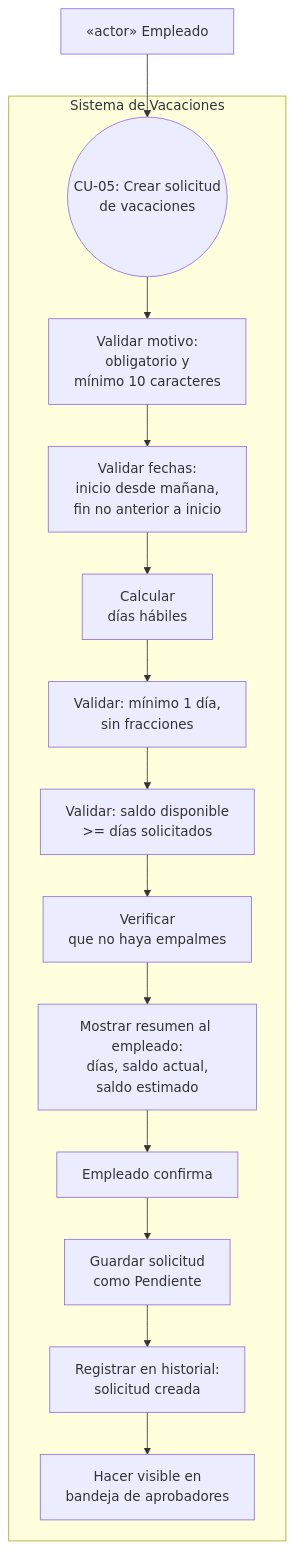
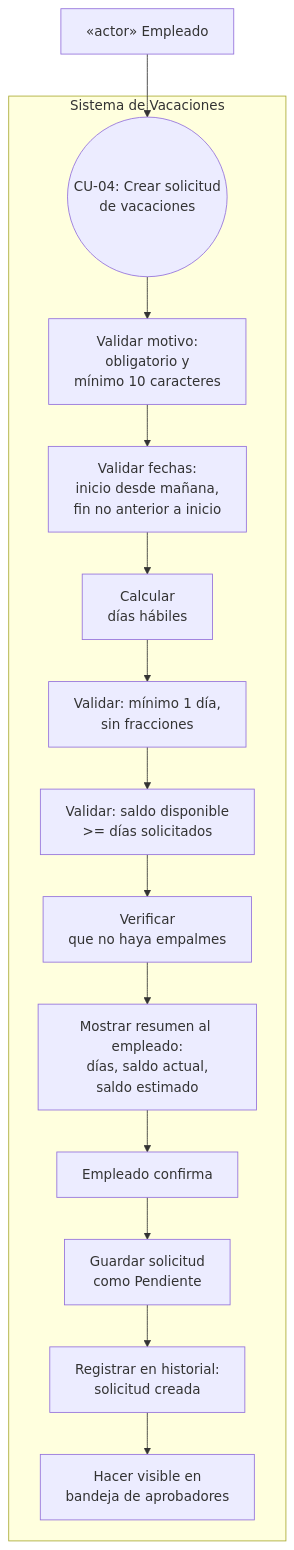
The fourth of 19 diagrams in docs/use-case-diagrams.md (Oscar26-zs/Solicitud_de_Vacaciones), drawn with Mermaid before and after one commit. The commit also changed other lines of this file and 1 other file, not shown here.

````diff
--- a/docs/use-case-diagrams.md
+++ b/docs/use-case-diagrams.md
@@ -127,20 +106,20 @@
 ```mermaid
 graph TB
     subgraph S["Sistema de Vacaciones"]
-        CU05(("CU-05: Crear solicitud<br/>de vacaciones"))
+        CU04(("CU-04: Crear solicitud<br/>de vacaciones"))
         V1[Validar motivo:<br/>obligatorio y<br/>mínimo 10 caracteres]
         V2[Validar fechas:<br/>inicio desde mañana,<br/>fin no anterior a inicio]
         V3[Calcular<br/>días hábiles]
         V4[Validar: mínimo 1 día,<br/>sin fracciones]
         V5[Validar: saldo disponible<br/>>= días solicitados]
         V6[Verificar<br/>que no haya empalmes]
         V7[Mostrar resumen al empleado:<br/>días, saldo actual,<br/>saldo estimado]
         V8[Empleado confirma]
         V9[Guardar solicitud<br/>como Pendiente]
         V10[Registrar en historial:<br/>solicitud creada]
         V11[Hacer visible en<br/>bandeja de aprobadores]
 
-        CU05 --> V1 --> V2 --> V3 --> V4 --> V5 --> V6 --> V7 --> V8 --> V9 --> V10 --> V11
+        CU04 --> V1 --> V2 --> V3 --> V4 --> V5 --> V6 --> V7 --> V8 --> V9 --> V10 --> V11
     end
-    Emp["«actor» Empleado"] --> CU05
+    Emp["«actor» Empleado"] --> CU04
 ```
````
